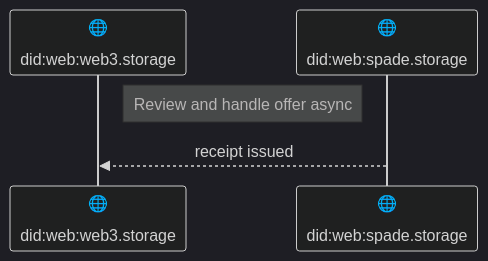
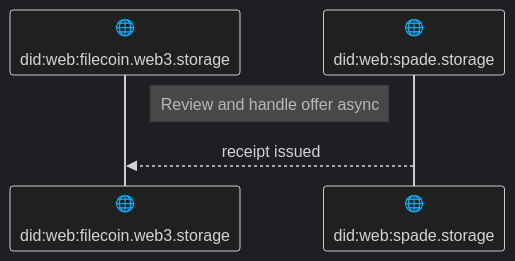
One commit to storacha/specs changed the fourth of 5 diagrams in w3-aggregation.md. Above: the diagram before and after it, drawn with Mermaid (dark theme). The commit also changed other lines of this file and 1 other file, not shown here.

Commit message:
feat: aggregation spec with storefront and aggregator roles

````diff
--- a/w3-aggregation.md
+++ b/w3-aggregation.md
@@ -85,8 +122,8 @@
 ```mermaid
 sequenceDiagram
-    participant Storefront as 🌐<br/><br/>did:web:web3.storage
-    participant Authority as 🌐<br/><br/>did:web:spade.storage
+    participant Aggregator as 🌐<br/><br/>did:web:filecoin.web3.storage
+    participant Broker as 🌐<br/><br/>did:web:spade.storage
 
-    Note right of Storefront: Review and handle offer async
-    Authority-->>Storefront: receipt issued
+    Note right of Aggregator: Review and handle offer async
+    Broker-->>Aggregator: receipt issued
 ```
````
